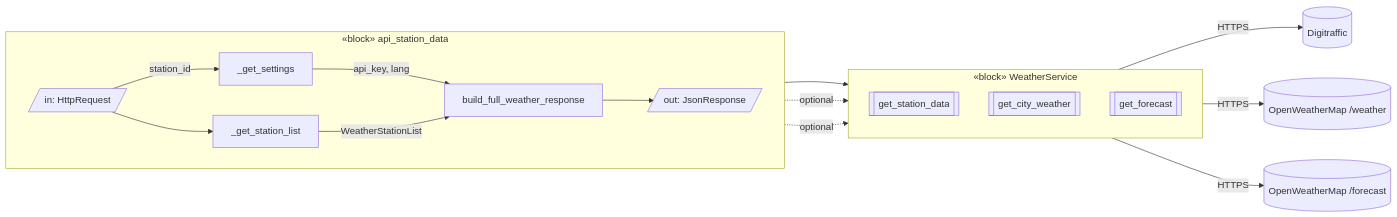
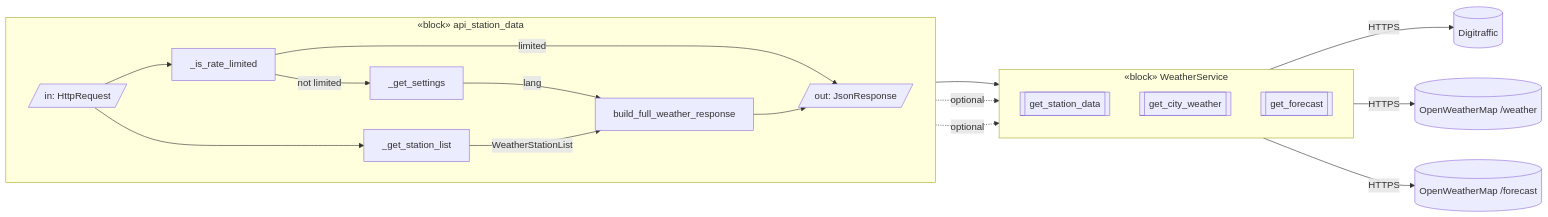
One commit to jjankkil/weatherview-django changed the eighth of 10 diagrams in docs/ARCHITECTURE.md. Above: the diagram before and after it, drawn with Mermaid. The commit also changed other lines of this file and 14 other files, not shown here.

Commit message:
Move OpenWeatherMap API key to server-side config, add IP rate limiting, fix Nginx proxy setup

````diff
--- a/docs/ARCHITECTURE.md
+++ b/docs/ARCHITECTURE.md
@@ -369,28 +370,30 @@
 ```mermaid
 flowchart LR
     subgraph req["«block» api_station_data"]
         direction LR
         in1[/"in: HttpRequest"/]
         out1[/"out: JsonResponse"/]
-        in1 -->|station_id| L1[_get_settings]
+        in1 --> RL[_is_rate_limited]
+        RL -->|not limited| L1[_get_settings]
+        RL -->|limited| out1
         in1 --> L2[_get_station_list]
-        L1 -->|api_key, lang| L3[build_full_weather_response]
+        L1 -->|lang| L3[build_full_weather_response]
         L2 -->|WeatherStationList| L3
         L3 --> out1
     end
 
     subgraph svc["«block» WeatherService"]
         direction TB
         P1[[get_station_data]]
         P2[[get_city_weather]]
         P3[[get_forecast]]
     end
 
     L3 --> P1
     L3 -.optional.-> P2
     L3 -.optional.-> P3
 
     P1 -->|HTTPS| ED[("Digitraffic")]
     P2 -->|HTTPS| EO[("OpenWeatherMap /weather")]
     P3 -->|HTTPS| EF[("OpenWeatherMap /forecast")]
 ```
````
